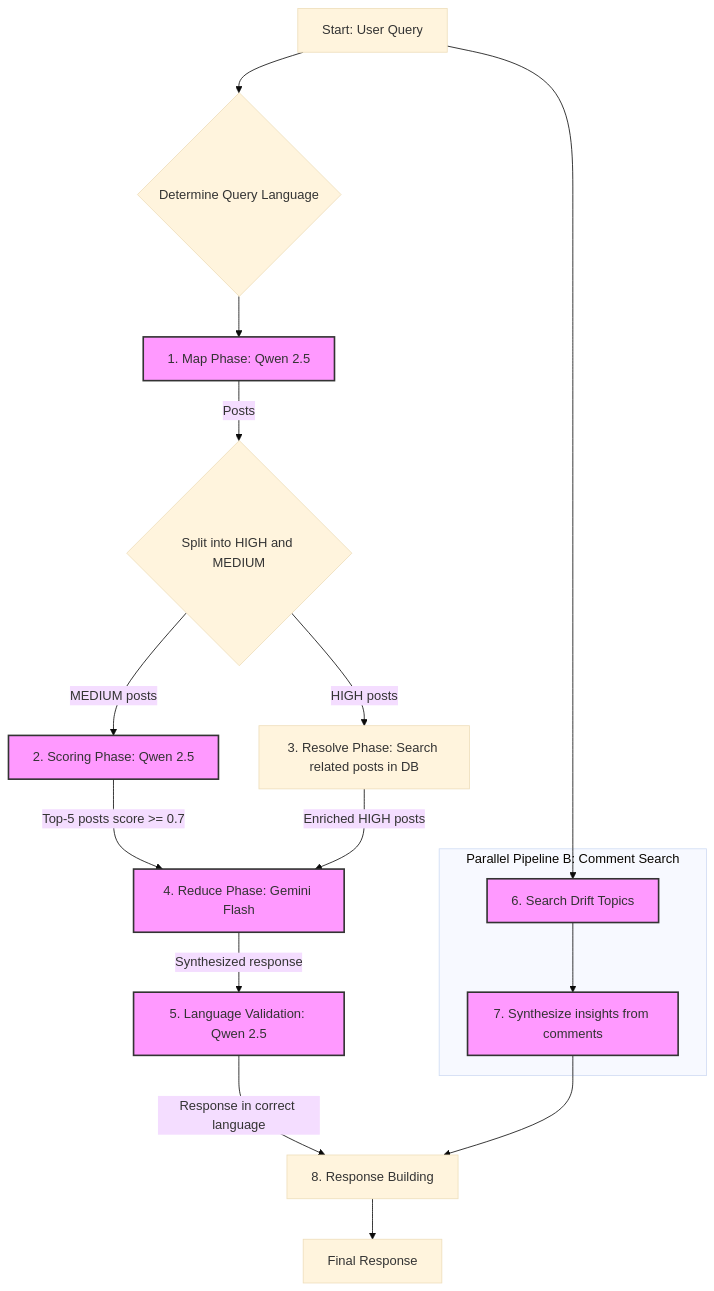
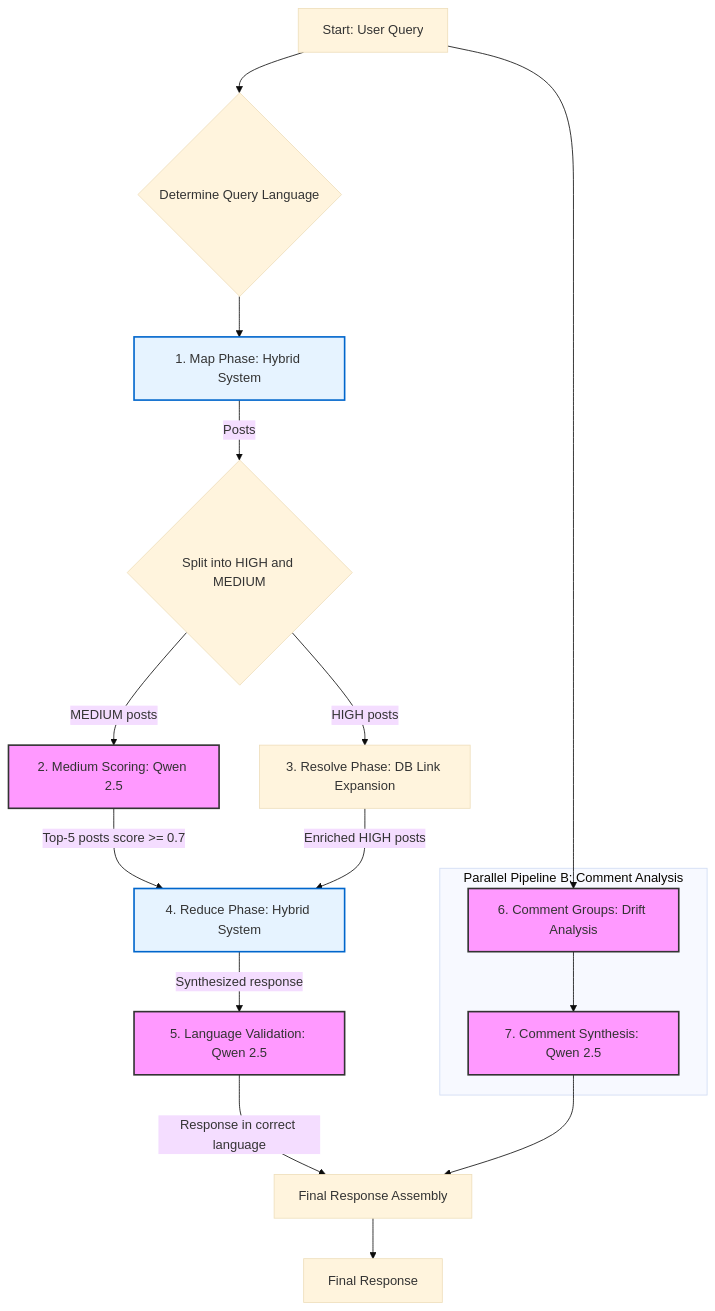
One commit to shao3d/Experts_panel changed the second of 5 diagrams in README.md. Above: the diagram before and after it, drawn with Mermaid (base theme). The commit also changed other lines of this file, not shown here.

First line of the commit message:
docs: update README.md with current architecture and deployment URL

````diff
--- a/README.md
+++ b/README.md
@@ -45,24 +50,26 @@
 ```mermaid
 graph TD
     A[Start: User Query] --> B{Determine Query Language}
-    B --> C[1. Map Phase: Qwen 2.5]
+    B --> C[1. Map Phase: Hybrid System]
     C -- "Posts" --> D{Split into HIGH and MEDIUM}
-    D -- "HIGH posts" --> E[3. Resolve Phase: Search related posts in DB]
-    D -- "MEDIUM posts" --> F[2. Scoring Phase: Qwen 2.5]
-    F -- "Top-5 posts score >= 0.7" --> G[4. Reduce Phase: Gemini Flash]
+    D -- "HIGH posts" --> E[3. Resolve Phase: DB Link Expansion]
+    D -- "MEDIUM posts" --> F[2. Medium Scoring: Qwen 2.5]
+    F -- "Top-5 posts score >= 0.7" --> G[4. Reduce Phase: Hybrid System]
     E -- "Enriched HIGH posts" --> G
     G -- "Synthesized response" --> H[5. Language Validation: Qwen 2.5]
     H -- "Response in correct language" --> I{Assemble Final Response}
 
-    subgraph "Parallel Pipeline B: Comment Search"
-        J[6. Search Drift Topics] --> K[7. Synthesize insights from comments]
+    subgraph "Parallel Pipeline B: Comment Analysis"
+        J[6. Comment Groups: Drift Analysis] --> K[7. Comment Synthesis: Qwen 2.5]
     end
 
     A --> J
-    K --> I[8. Response Building]
+    K --> I[Final Response Assembly]
 
     I --> L[Final Response]
 
     classDef llm_step fill:#f9f,stroke:#333,stroke-width:2px
     class C,F,G,H,J,K llm_step
+    classDef hybrid_step fill:#e6f3ff,stroke:#0066cc,stroke-width:2px
+    class C,G hybrid_step
 ```
````
